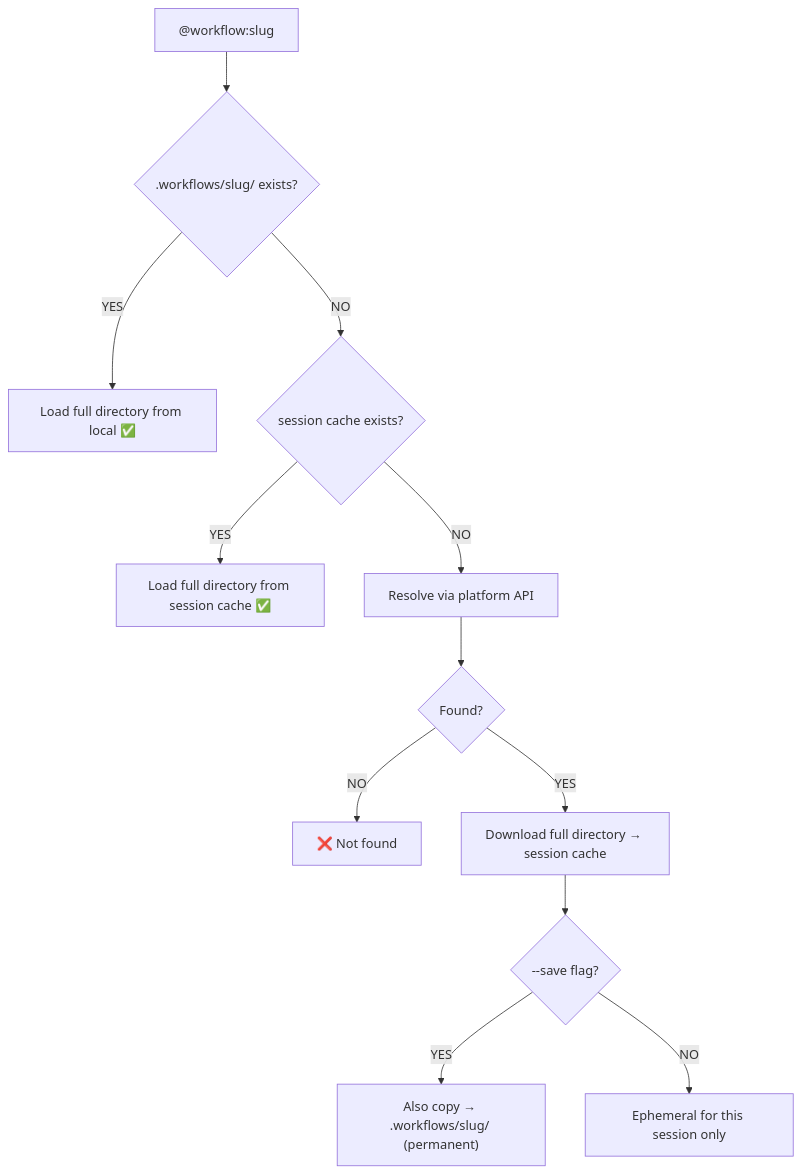
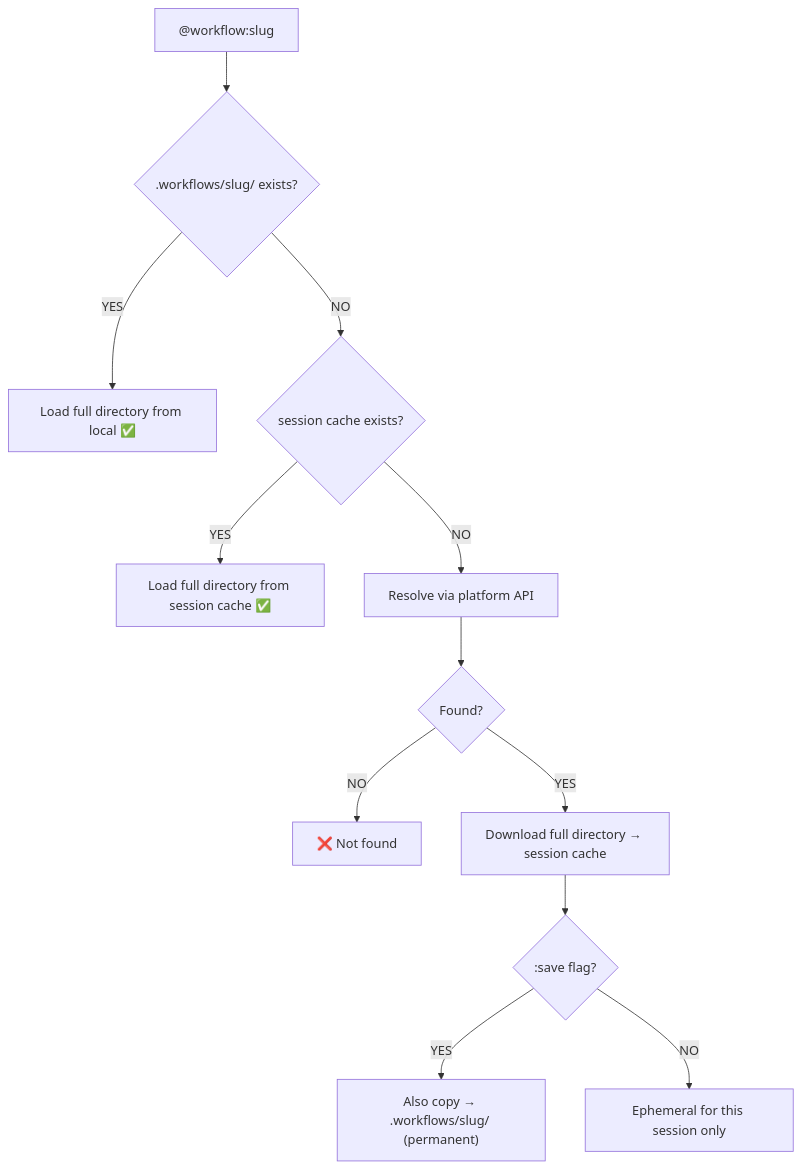
One commit to SylphAI-Inc/atskills changed the diagram in README.md. Above: the diagram before and after it, drawn with Mermaid. The commit also changed other lines of this file and 1 other file, not shown here.

First line of the commit message:
docs: use colon-attached :index/:save syntax, not --flag syntax

````diff
--- a/README.md
+++ b/README.md
@@ -209,14 +209,14 @@
 ```mermaid
 flowchart TD
     START["@workflow:slug"] --> LOCAL{".workflows/slug/ exists?"}
     LOCAL -->|YES| LOAD_LOCAL["Load full directory from local ✅"]
     LOCAL -->|NO| SESSION{"session cache exists?"}
     SESSION -->|YES| LOAD_SESSION["Load full directory from session cache ✅"]
     SESSION -->|NO| ONLINE["Resolve via platform API"]
     ONLINE --> FOUND{"Found?"}
     FOUND -->|NO| ERROR["❌ Not found"]
     FOUND -->|YES| DOWNLOAD["Download full directory → session cache"]
-    DOWNLOAD --> SAVEFLAG{"--save flag?"}
+    DOWNLOAD --> SAVEFLAG{":save flag?"}
     SAVEFLAG -->|YES| PERSIST["Also copy → .workflows/slug/ (permanent)"]
     SAVEFLAG -->|NO| DONE["Ephemeral for this session only"]
 ```
````
